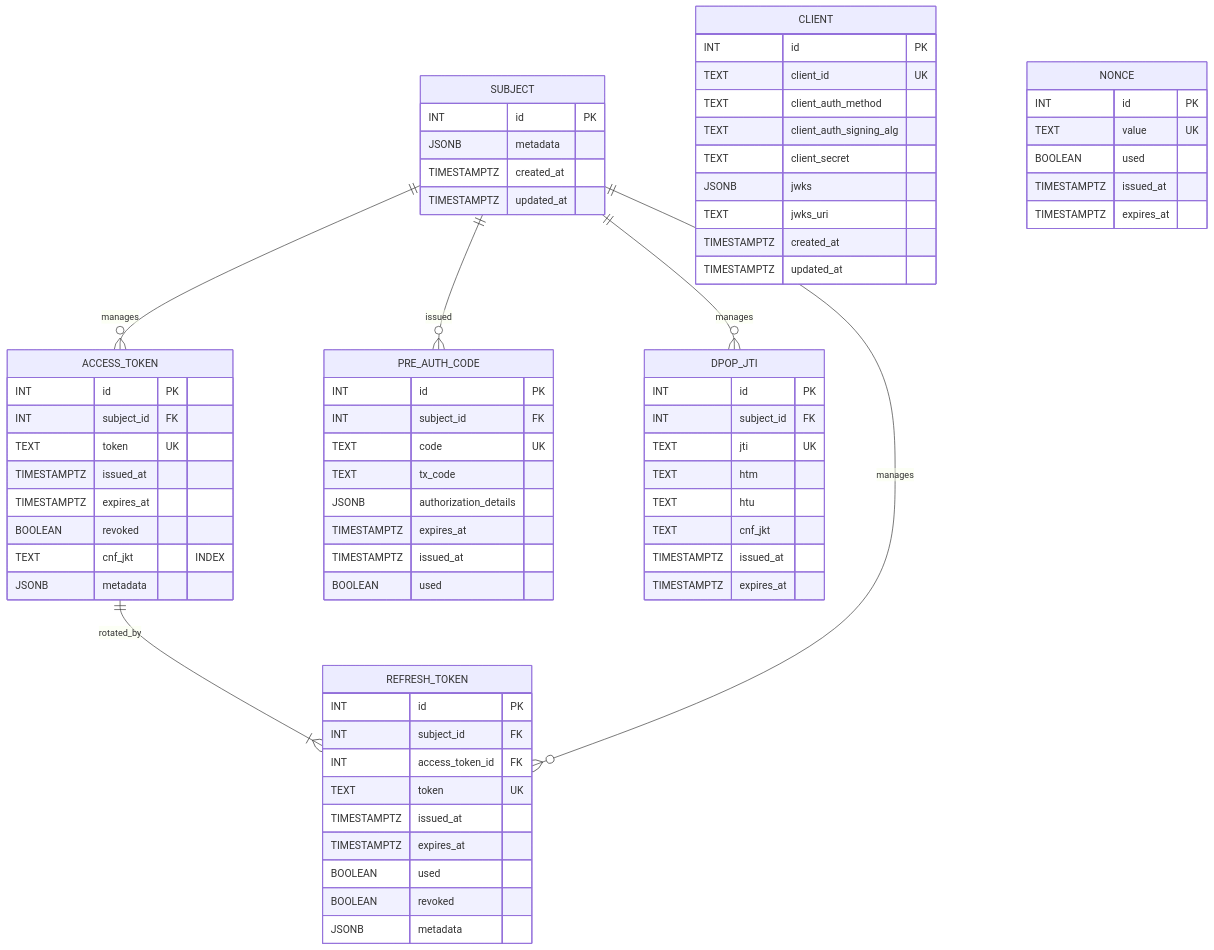
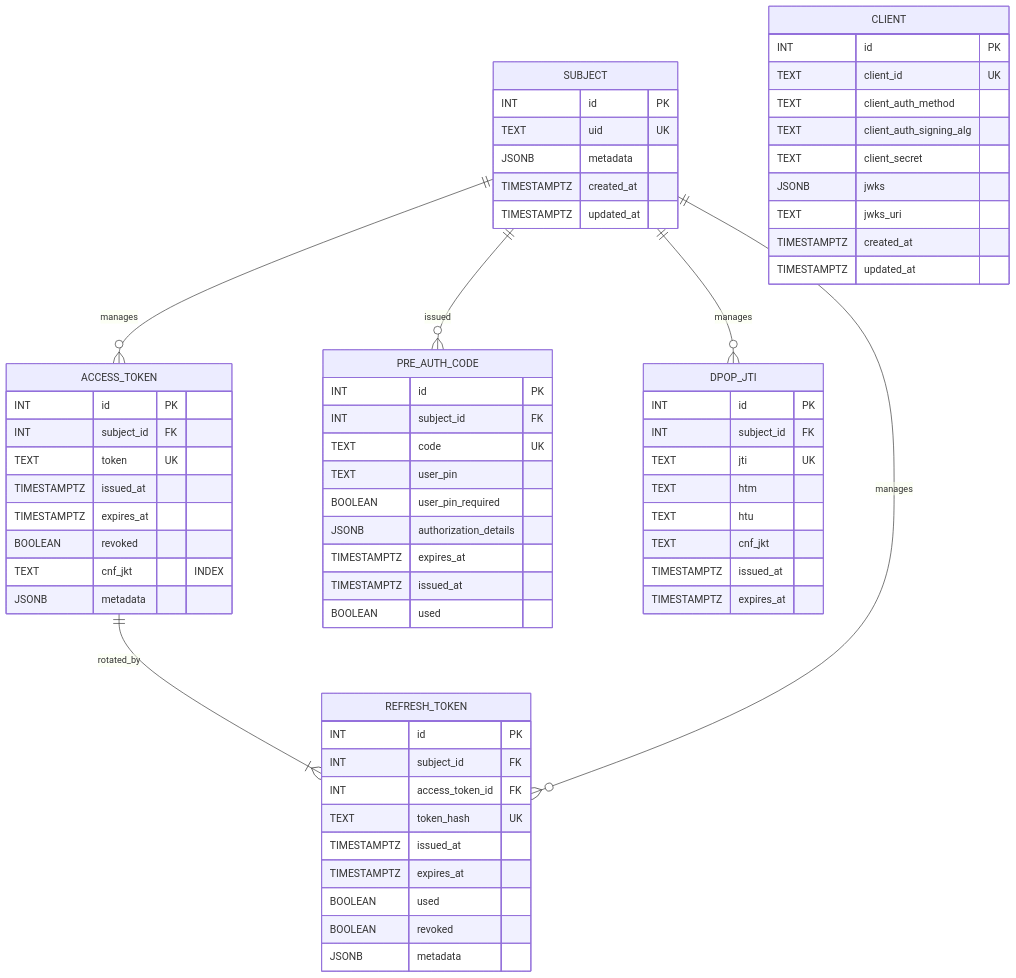
One commit to openwallet-foundation/acapy-plugins changed the seventh of 7 diagrams in oid4vc/auth_server/docs/auth-server-design.md. Above: the diagram before and after it, drawn with Mermaid. The commit also changed other lines of this file and 37 other files, not shown here.

````diff
--- a/oid4vc/auth_server/docs/auth-server-design.md
+++ b/oid4vc/auth_server/docs/auth-server-design.md
@@ -673,81 +678,75 @@
 ```mermaid
 erDiagram
     ACCESS_TOKEN ||--|{ REFRESH_TOKEN : rotated_by
     SUBJECT ||--o{ PRE_AUTH_CODE : issued
     SUBJECT ||--o{ ACCESS_TOKEN : manages
     SUBJECT ||--o{ REFRESH_TOKEN : manages
     SUBJECT ||--o{ DPOP_JTI : manages
     CLIENT
 
     SUBJECT {
         INT id PK
+        TEXT uid UK
         JSONB metadata
         TIMESTAMPTZ created_at
         TIMESTAMPTZ updated_at
     }
 
     PRE_AUTH_CODE {
         INT id PK
         INT subject_id FK
         TEXT code UK
-      TEXT tx_code
+        TEXT user_pin
+        BOOLEAN user_pin_required
         JSONB authorization_details
         TIMESTAMPTZ expires_at
         TIMESTAMPTZ issued_at
         BOOLEAN used
     }
 
     ACCESS_TOKEN {
         INT id PK
         INT subject_id FK
         TEXT token UK
         TIMESTAMPTZ issued_at
         TIMESTAMPTZ expires_at
         BOOLEAN revoked
         TEXT cnf_jkt "INDEX"
         JSONB metadata
     }
 
     REFRESH_TOKEN {
         INT id PK
         INT subject_id FK
         INT access_token_id FK
-        TEXT token UK
+        TEXT token_hash UK
         TIMESTAMPTZ issued_at
         TIMESTAMPTZ expires_at
         BOOLEAN used
         BOOLEAN revoked
         JSONB metadata
     }
 
     DPOP_JTI {
         INT id PK
         INT subject_id FK
         TEXT jti UK
         TEXT htm
         TEXT htu
         TEXT cnf_jkt
         TIMESTAMPTZ issued_at
         TIMESTAMPTZ expires_at
     }
 
-    NONCE {
-        INT id PK
-        TEXT value UK
-        BOOLEAN used
-        TIMESTAMPTZ issued_at
-        TIMESTAMPTZ expires_at
-    }
-
     CLIENT {
         INT id PK
         TEXT client_id UK
         TEXT client_auth_method
         TEXT client_auth_signing_alg
         TEXT client_secret
         JSONB jwks
         TEXT jwks_uri
         TIMESTAMPTZ created_at
         TIMESTAMPTZ updated_at
     }
 ```
````
